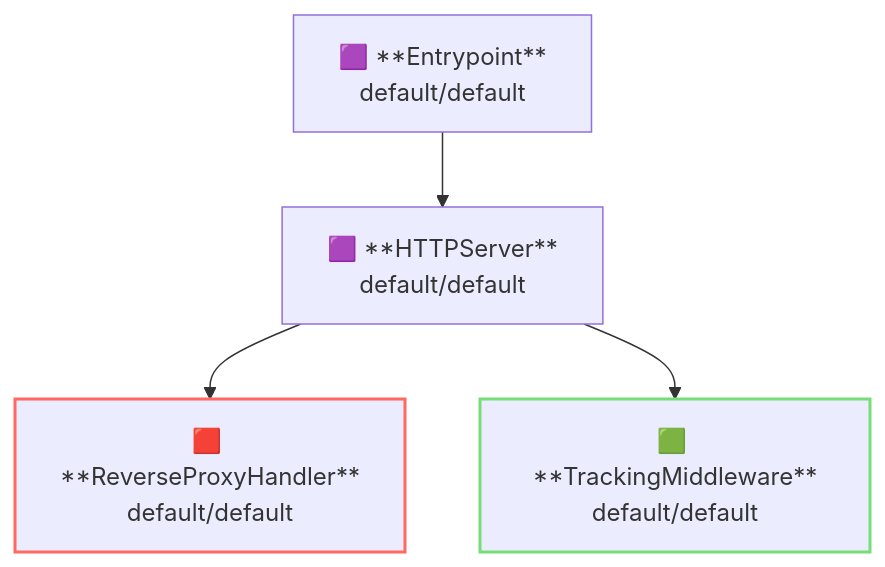
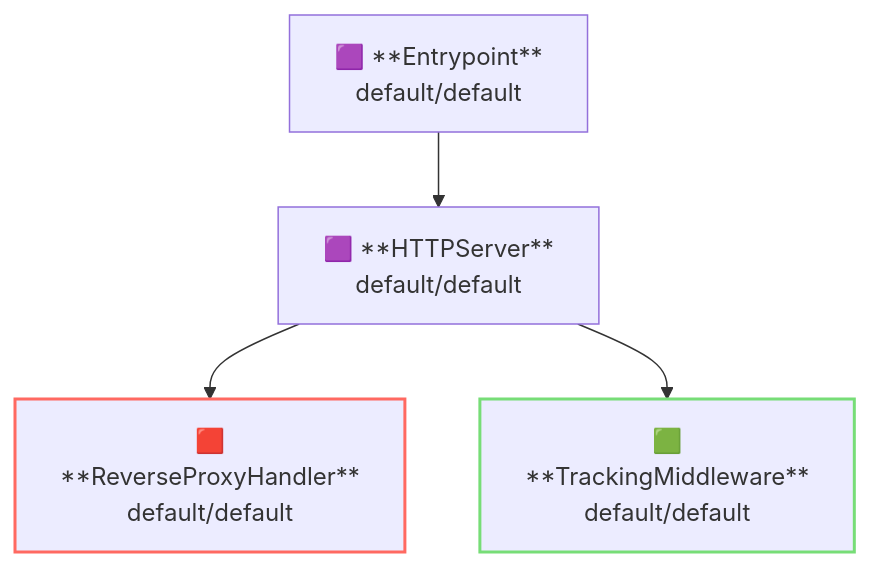
Before and after one commit to aileron-gateway/aileron-gateway: the second of 2 diagrams in examples/tracking/README.md, drawn with Mermaid. The commit also changed 19 other files, not shown here.

````diff
--- a/examples/tracking/README.md
+++ b/examples/tracking/README.md
@@ -107,15 +107,14 @@
 ```mermaid
 graph TD
   Entrypoint["🟪 **Entrypoint**</br>default/default"]
   HTTPServer["🟪 **HTTPServer**</br>default/default"]
-  TrackingMiddleware["🟩 **TrackingMiddleware**</br>default/default"]
-  ReverseProxyHandler["🟥 **ReverseProxyHandler**</br>default/default"]
+  TrackingMiddleware["🟩</br>**TrackingMiddleware**</br>default/default"]
+  ReverseProxyHandler["🟥</br>**ReverseProxyHandler**</br>default/default"]
 
   Entrypoint --> HTTPServer
   HTTPServer --> ReverseProxyHandler
   HTTPServer --> TrackingMiddleware
-  ReverseProxyHandler
 
   style TrackingMiddleware stroke:#77dd77,stroke-width:2px
   style ReverseProxyHandler stroke:#ff6961,stroke-width:2px
 ```
````
